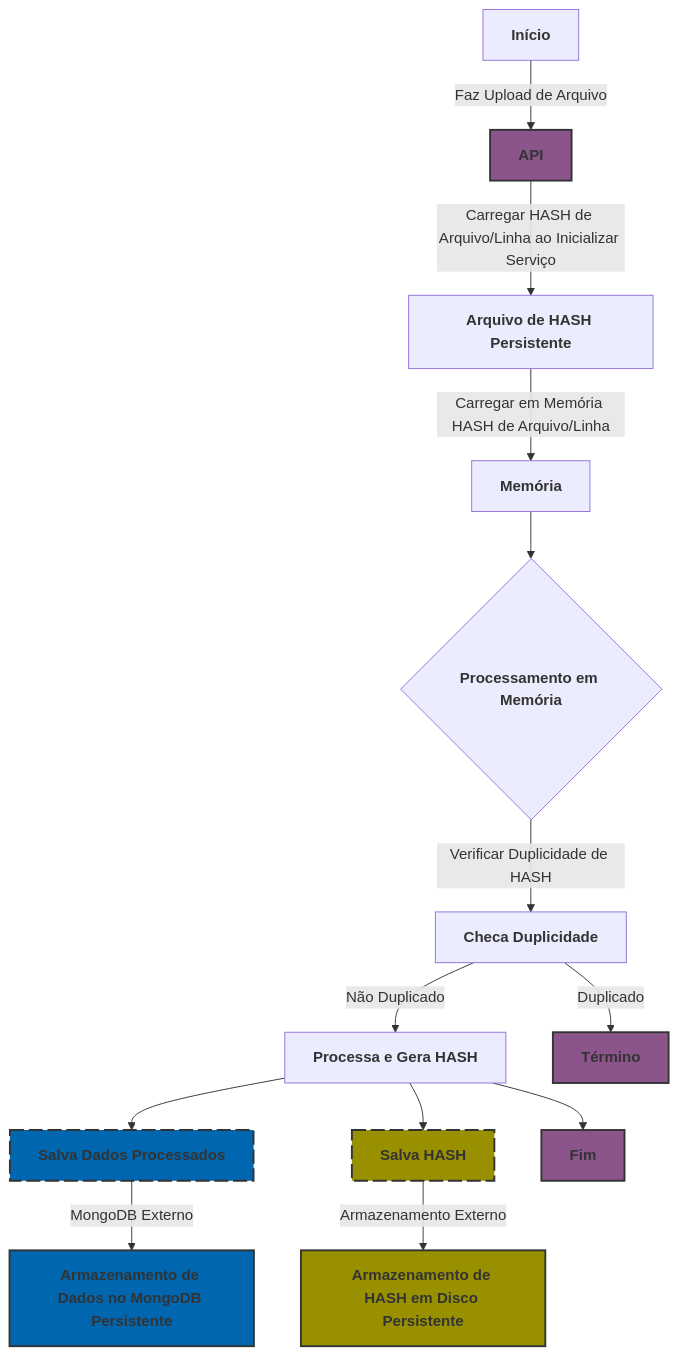
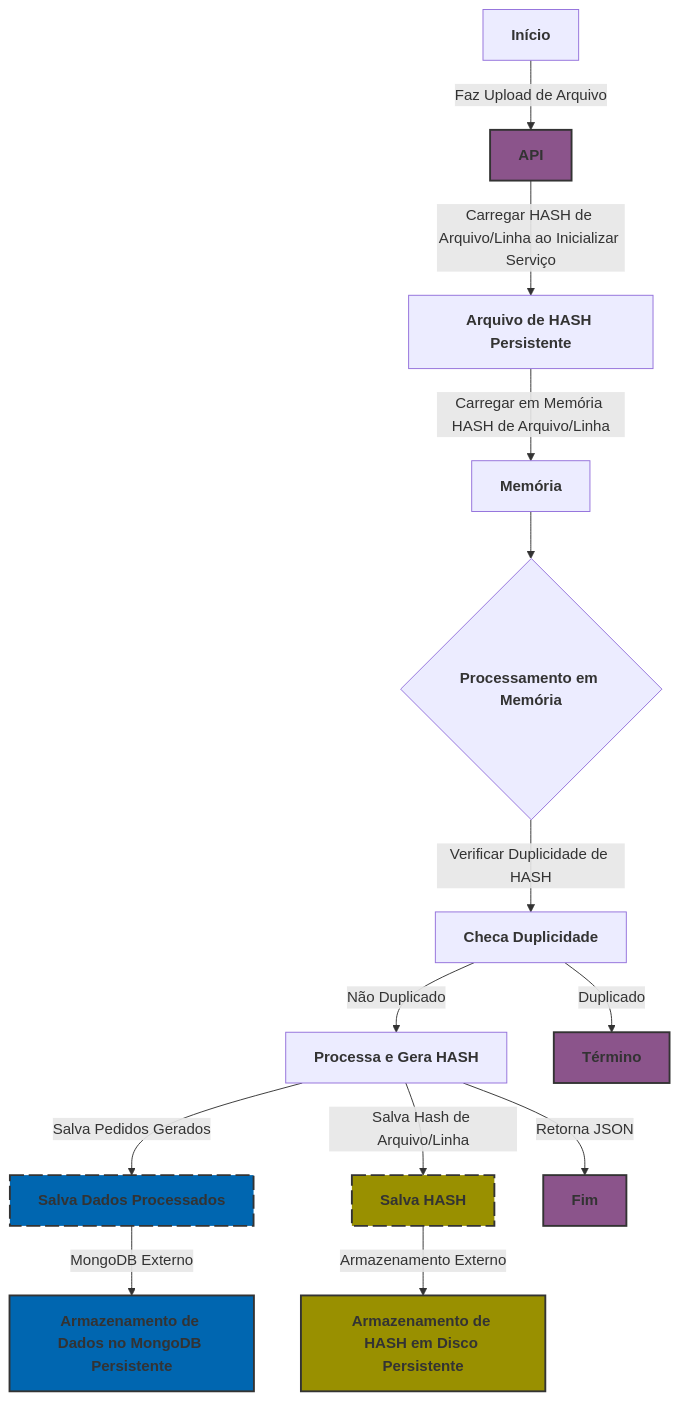
Before and after one commit to caputomarcos/luizalabs-logistics-challenge-order-api: the second of 2 diagrams in README.md, drawn with Mermaid.

````diff
--- a/README.md
+++ b/README.md
@@ -52,36 +52,36 @@
 ```mermaid
 graph TD
     A[Início] -->|Faz Upload de Arquivo| B[API]
     B -->|Carregar HASH de Arquivo/Linha ao Inicializar Serviço| C[Arquivo de HASH Persistente]
     C -->|Carregar em Memória HASH de Arquivo/Linha| D[Memória]
     D --> E{Processamento em Memória}
     E -->|Verificar Duplicidade de HASH| F[Checa Duplicidade]
     F -->|Não Duplicado| G[Processa e Gera HASH]
     F -->|Duplicado| H[Término]
-    G --> I[Salva Dados Processados]
-    G --> J[Salva HASH]
-    G --> M[Fim]
+    G -->|Salva Pedidos Gerados| I[Salva Dados Processados]
+    G -->|Salva Hash de Arquivo/Linha| J[Salva HASH]
+    G --> |Retorna JSON|M[Fim]
     I -->|MongoDB Externo| K[Armazenamento de Dados no MongoDB Persistente]
     J -->|Armazenamento Externo| L[Armazenamento de HASH em Disco Persistente]
 
     style B fill:#8b548b,stroke:#333,stroke-width:2px
     style H fill:#8b548b,stroke:#333,stroke-width:2px
     style I fill:#0066b0,stroke:#333,stroke-width:2px,stroke-dasharray: 15 5
     style J fill:#999000,stroke:#333,stroke-width:2px,stroke-dasharray: 15 5
     style K fill:#0066b0,stroke:#333,stroke-width:2px
     style L fill:#999000,stroke:#333,stroke-width:2px
     style M fill:#8b548b,stroke:#333,stroke-width:2px
     style A font-weight:bold, font-color:black
     style B font-weight:bold, font-color:black
     style C font-weight:bold, font-color:black
     style D font-weight:bold, font-color:black
     style E font-weight:bold, font-color:black
     style F font-weight:bold, font-color:black
     style G font-weight:bold, font-color:black
     style H font-weight:bold, font-color:black
     style I font-weight:bold, font-color:black
     style J font-weight:bold, font-color:black
     style K font-weight:bold, font-color:black
     style L font-weight:bold, font-color:black
     style M font-weight:bold, font-color:black
 ```
````
